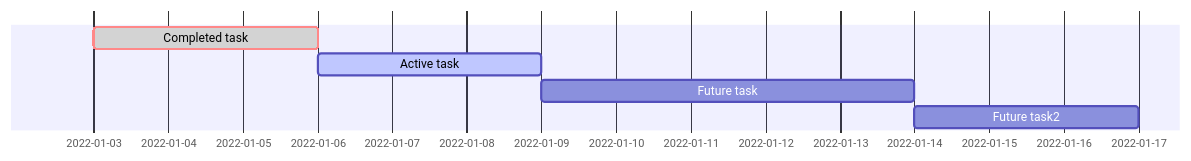
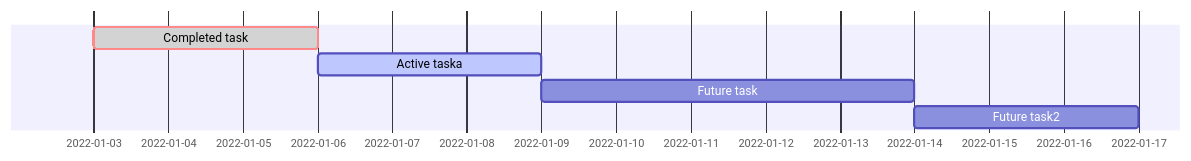
Before and after one commit to mgdanjou/echch-roadmap: the diagram in index.md, drawn with Mermaid.

````diff
--- a/index.md
+++ b/index.md
@@ -34,7 +34,7 @@
 ```mermaid!
 gantt
   Completed task :crit, done,    t1, 2022-01-03, 3d
-  Active task    :      active,  t2, after t1,   3d
+  Active taska    :      active,  t2, after t1,   3d
   Future task    :               t3, after t2,   5d
   Future task2   :                               3d
 ```
````
